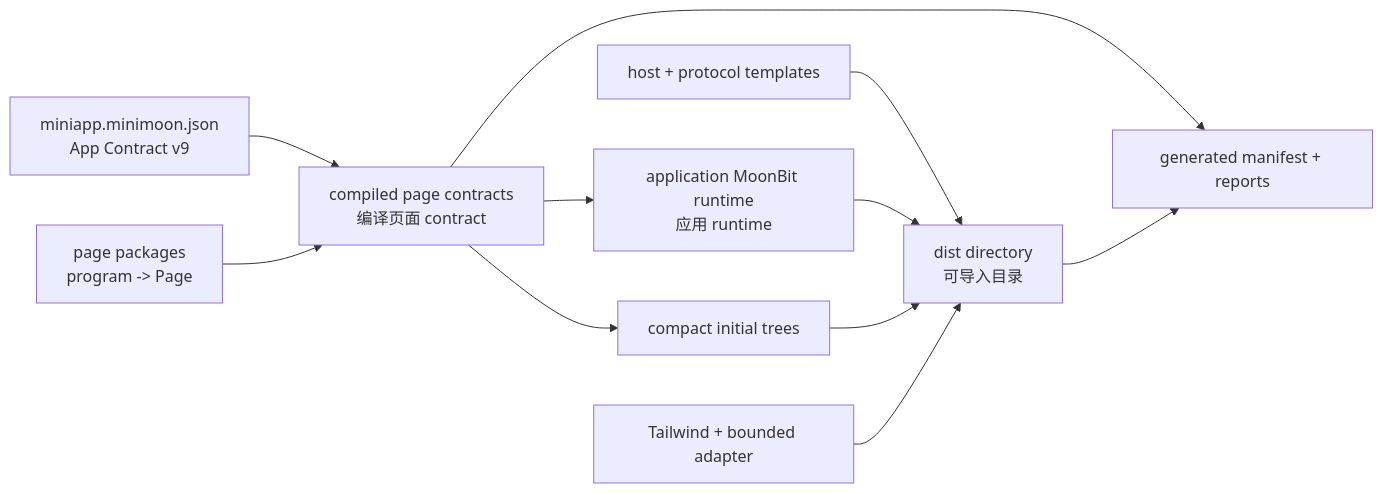
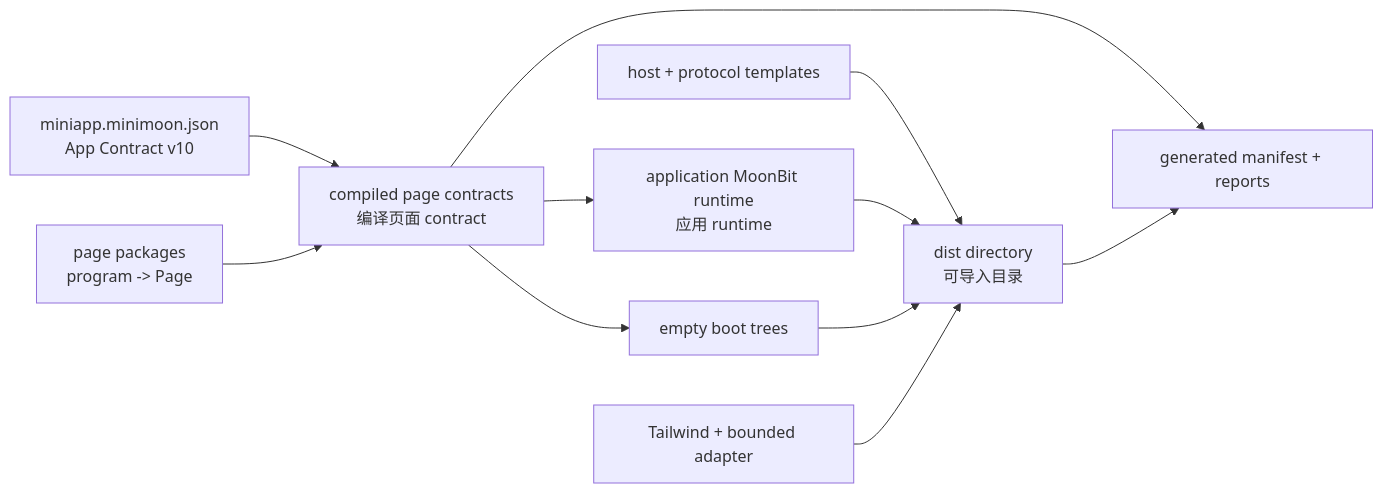
The diagram in docs/code-analysis/assets/diagrams/source/06-BUILD-VERIFY-AND-RELEASE-1.mmd (lucavance/minimoon), drawn with Mermaid before and after one commit. The commit also changed 209 other files, not shown here.

```diff
--- a/docs/code-analysis/assets/diagrams/source/06-BUILD-VERIFY-AND-RELEASE-1.mmd
+++ b/docs/code-analysis/assets/diagrams/source/06-BUILD-VERIFY-AND-RELEASE-1.mmd
@@ -1,21 +1,21 @@
 flowchart LR
-    Config[miniapp.minimoon.json<br/>App Contract v9]
+    Config[miniapp.minimoon.json<br/>App Contract v10]
     PagePkg[page packages<br/>program -> Page]
     Contract[compiled page contracts<br/>编译页面 contract]
     AppRuntime[application MoonBit runtime<br/>应用 runtime]
     Host[host + protocol templates]
-    Initial[compact initial trees]
+    Initial[empty boot trees]
     Tailwind[Tailwind + bounded adapter]
     Dist[dist directory<br/>可导入目录]
     Reports[generated manifest + reports]
 
     Config --> Contract
     PagePkg --> Contract
     Contract --> AppRuntime
     Contract --> Initial
     Host --> Dist
     AppRuntime --> Dist
     Initial --> Dist
     Tailwind --> Dist
     Contract --> Reports
     Dist --> Reports
```
